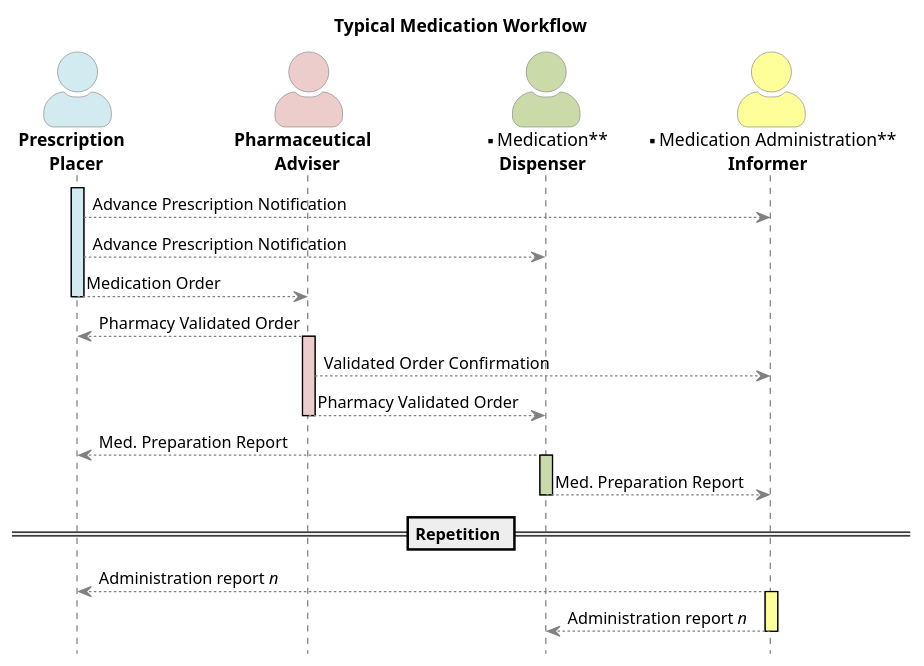
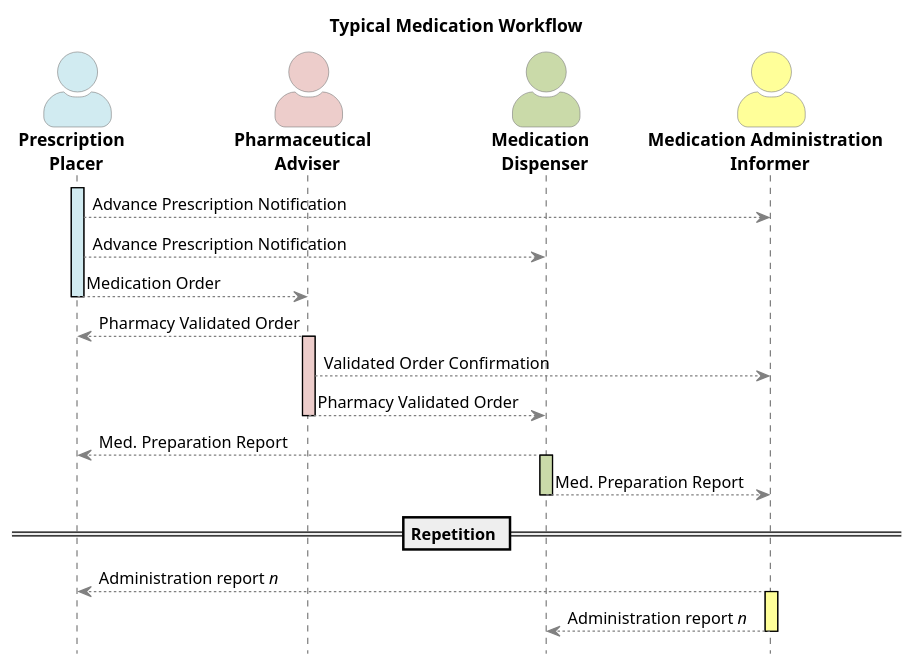
One commit to IHE/pharm-mpd changed the diagram in input/images-source/sequence-diagram.plantuml. Above: the diagram before and after it, drawn with PlantUML. The commit also changed 1 other file, not shown here.

```diff
--- a/input/images-source/sequence-diagram.plantuml
+++ b/input/images-source/sequence-diagram.plantuml
@@ -1,51 +1,50 @@
 @startuml
 title Typical Medication Workflow
 skinparam actorStyle awesome
 
 skinparam sequence {
 ArrowColor gray
 ActorBorderColor gray
 LifeLineBorderColor black
 }
 skinparam shadowing false
 hide footbox
 
 
 actor "**Prescription** \n **Placer**" as P #d1ebf1
-
 actor "**Pharmaceutical** \n **Adviser**" as PHA #edcdcb
-actor "** Medication** \n **Dispenser **" as PD #cadaa9
-actor "** Medication Administration** \n **Informer **" as MAI #ffff99
+actor "**Medication** \n **Dispenser**" as PD #cadaa9
+actor "**Medication Administration** \n **Informer**" as MAI #ffff99
 
 activate P #d1ebf1
 
-P --> MAI : Advance Prescription Notification
-P --> PD: Advance Prescription Notification 
+P --> MAI: Advance Prescription Notification
+P --> PD: Advance Prescription Notification
 P --> PHA: Medication Order
 deactivate P
 
 
 PHA --> P: Pharmacy Validated Order
 activate PHA #edcdcb
 
 PHA --> MAI: Validated Order Confirmation
 PHA --> PD: Pharmacy Validated Order
 deactivate PHA
 
 
 PD --> P: Med. Preparation Report
 activate PD #cadaa9
 
 PD --> MAI: Med. Preparation Report
 deactivate PD
 
 == Repetition ==
 
 
 MAI --> P: Administration report <i>n</i>
 activate MAI #ffff99
 
 MAI --> PD: Administration report <i>n</i>
 deactivate MAI
 
 @enduml
```
